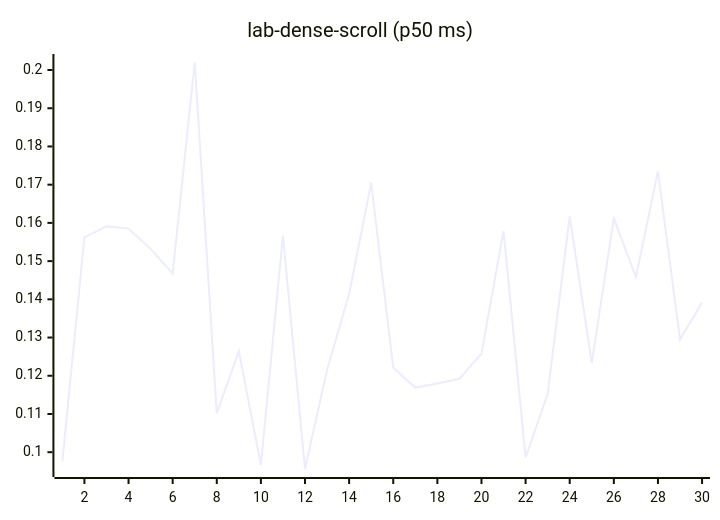
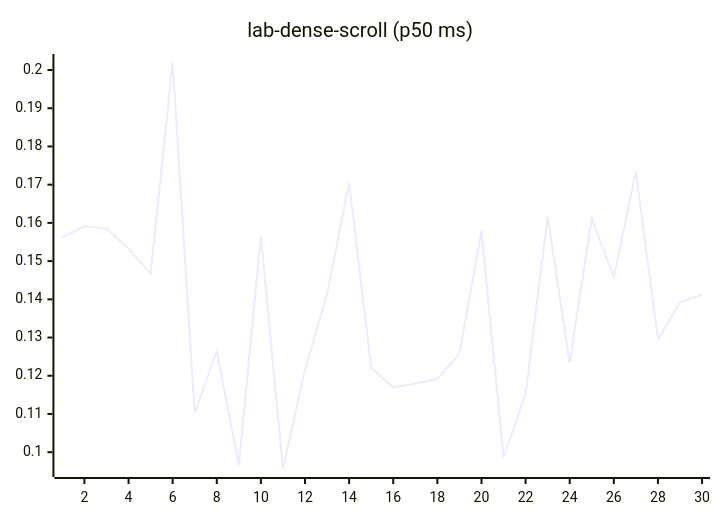
One commit to josha/Facet changed diagram 12 of 27 in README.md. Above: the diagram before and after it, drawn with Mermaid. The commit also changed other lines of this file and 2 other files, not shown here.

````diff
--- a/README.md
+++ b/README.md
@@ -140,6 +140,6 @@
 ```mermaid
 xychart-beta
     title "lab-dense-scroll (p50 ms)"
     x-axis 1 --> 30
-    line [0.0976, 0.1562, 0.1591, 0.1585, 0.1532, 0.1467, 0.2021, 0.1102, 0.1264, 0.0967, 0.1567, 0.0956, 0.1215, 0.1414, 0.1705, 0.1221, 0.1169, 0.1180, 0.1192, 0.1258, 0.1579, 0.0986, 0.1152, 0.1617, 0.1233, 0.1612, 0.1458, 0.1735, 0.1295, 0.1392]
+    line [0.1562, 0.1591, 0.1585, 0.1532, 0.1467, 0.2021, 0.1102, 0.1264, 0.0967, 0.1567, 0.0956, 0.1215, 0.1414, 0.1705, 0.1221, 0.1169, 0.1180, 0.1192, 0.1258, 0.1579, 0.0986, 0.1152, 0.1617, 0.1233, 0.1612, 0.1458, 0.1735, 0.1295, 0.1392, 0.1413]
 ```
````
